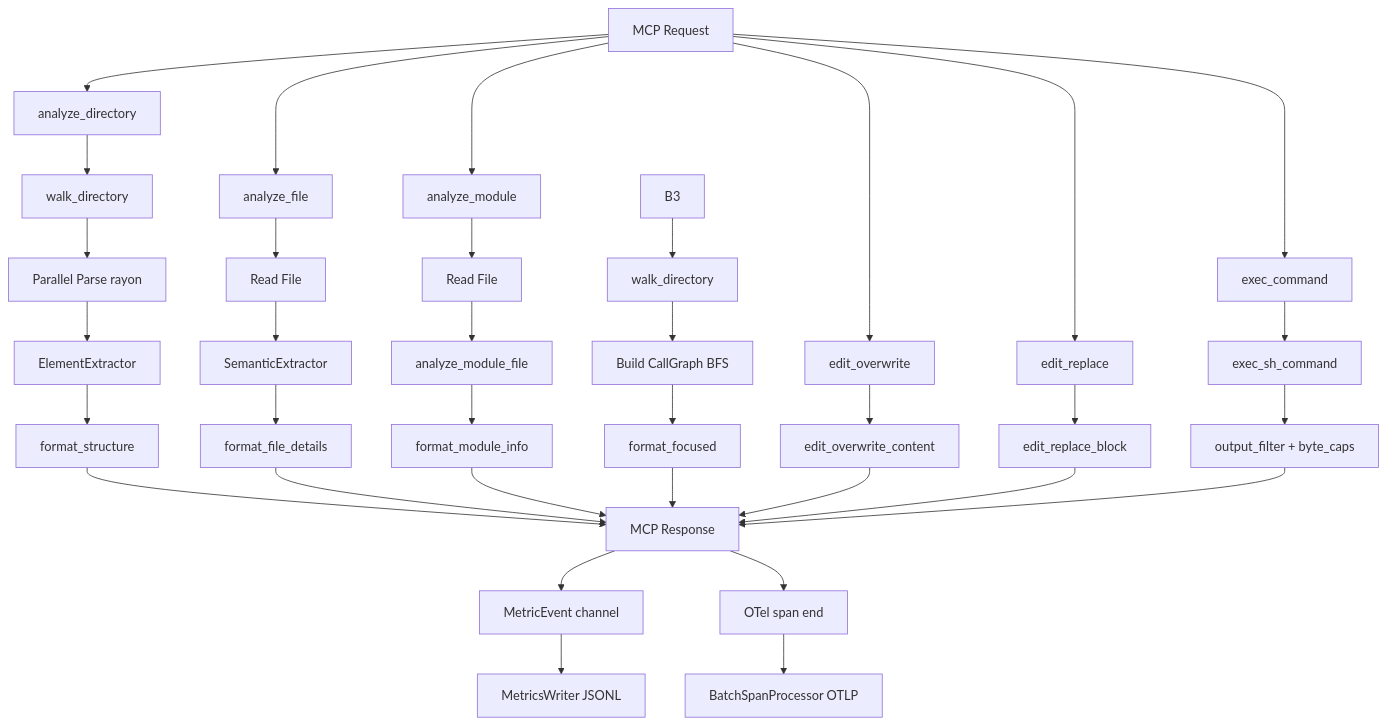
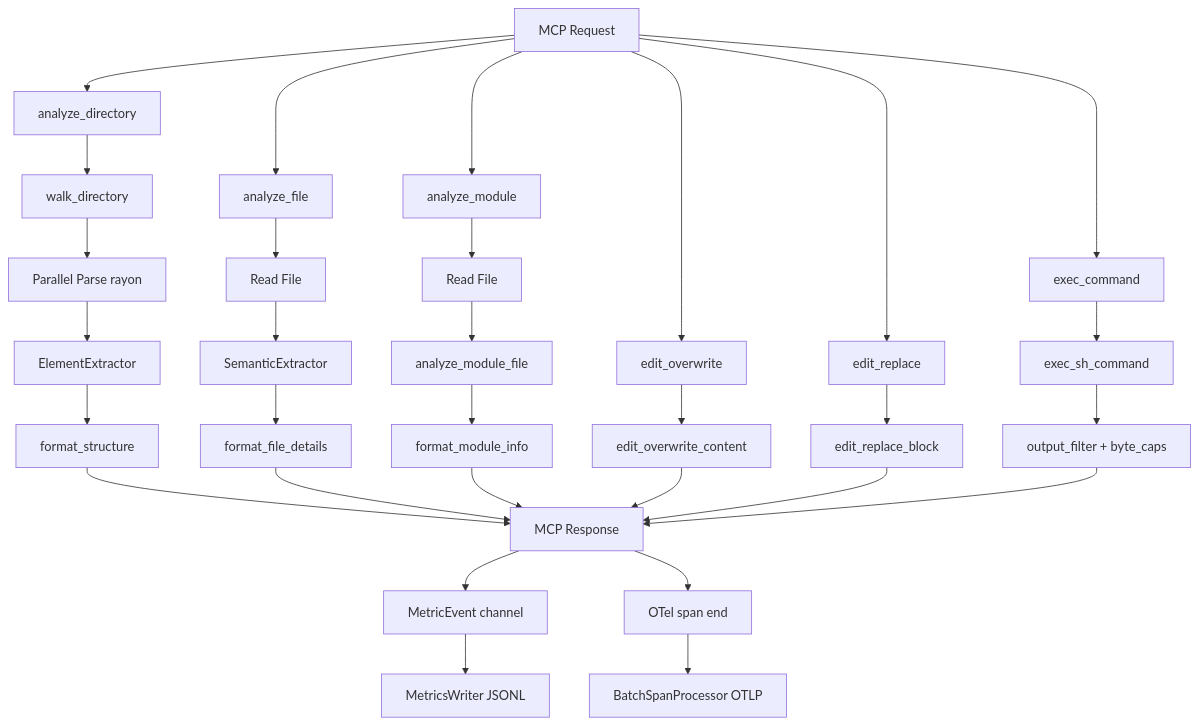
Before and after one commit to clouatre-labs/aptu-coder: the diagram in docs/ARCHITECTURE.md, drawn with Mermaid. The commit also changed other lines of this file and 36 other files, not shown here.

````diff
--- a/docs/ARCHITECTURE.md
+++ b/docs/ARCHITECTURE.md
@@ -58,37 +58,33 @@
 ```mermaid
 graph TD
     A["MCP Request"] --> B1["analyze_directory"]
     A --> B2["analyze_file"]
     A --> B4["analyze_module"]
     A --> B6["edit_overwrite"]
     A --> B7["edit_replace"]
     A --> B10["exec_command"]
     B1 --> M["walk_directory"]
     M --> N["Parallel Parse rayon"]
     N --> O["ElementExtractor"]
     O --> P["format_structure"]
     B2 --> J["Read File"]
     J --> K["SemanticExtractor"]
     K --> L["format_file_details"]
     B4 --> R["Read File"]
     R --> S["analyze_module_file"]
     S --> T["format_module_info"]
-    B3 --> G["walk_directory"]
-    G --> H["Build CallGraph BFS"]
-    H --> I["format_focused"]
     B6 --> F2["edit_overwrite_content"]
     B7 --> F3["edit_replace_block"]
     B10 --> F6["exec_sh_command"]
     F6 --> F7["output_filter + byte_caps"]
     P --> Q["MCP Response"]
     L --> Q
     T --> Q
-    I --> Q
     F2 --> Q
     F3 --> Q
     F7 --> Q
     Q --> Z1["MetricEvent channel"]
     Z1 --> Z2["MetricsWriter JSONL"]
     Q --> Z3["OTel span end"]
     Z3 --> Z4["BatchSpanProcessor OTLP"]
 ```
````
